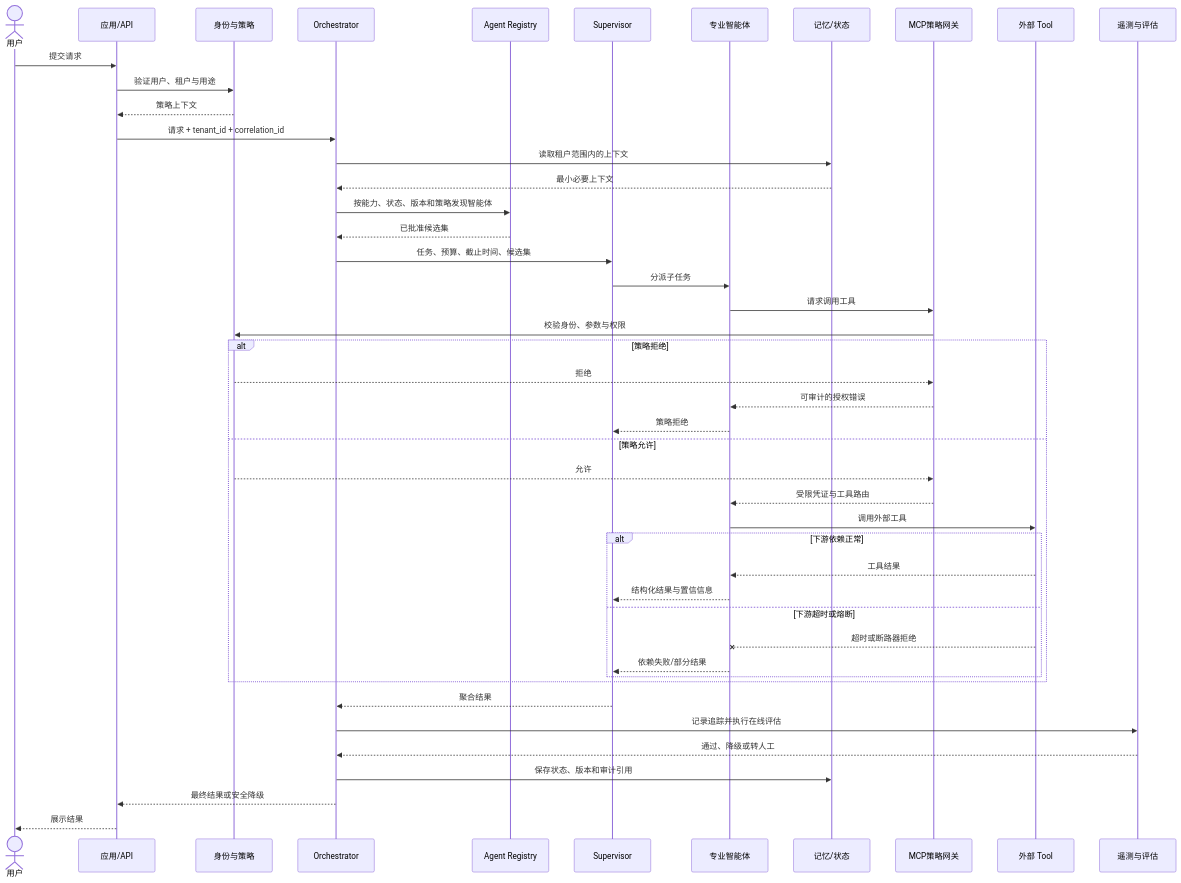
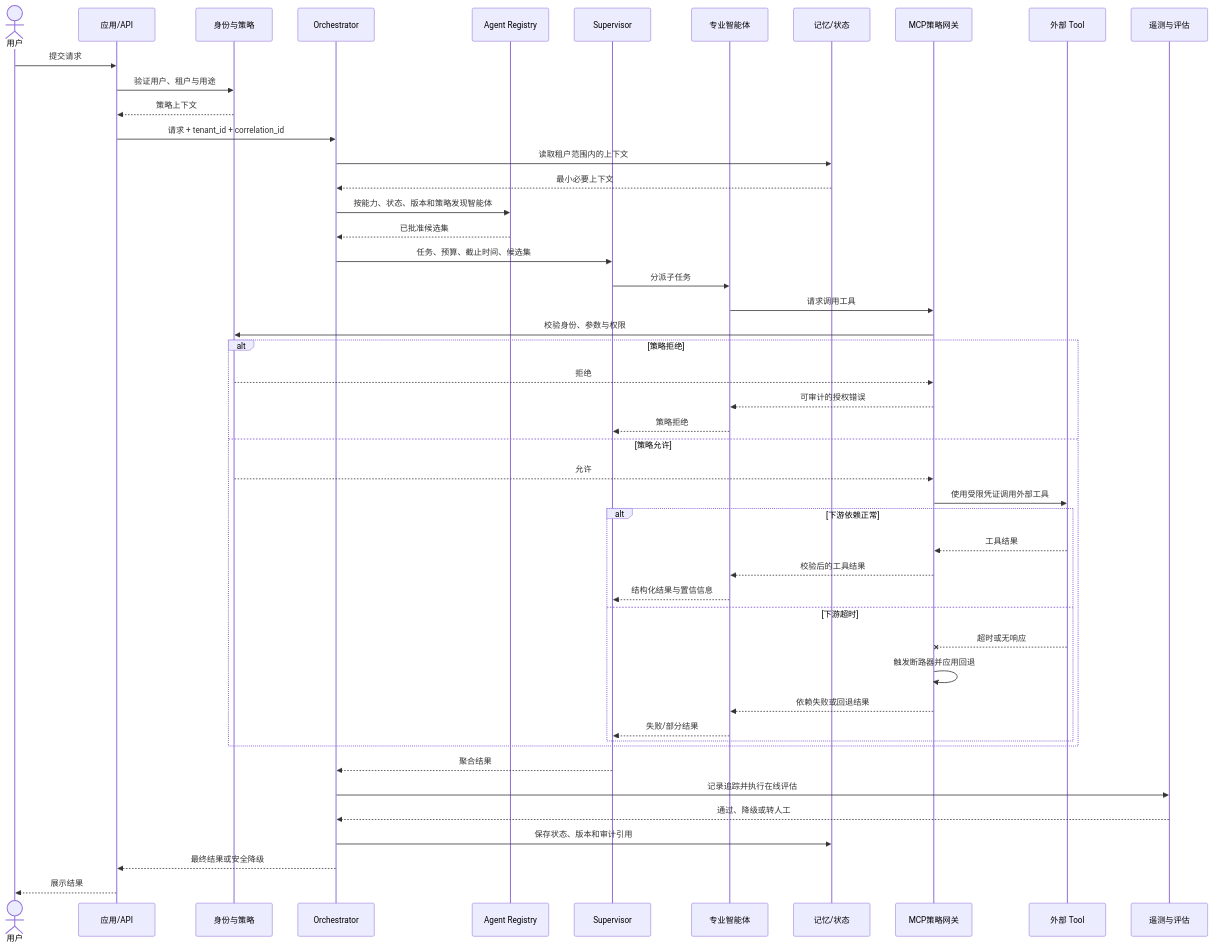
One commit to sealday/agentic-architecture-atlas changed the second of 2 diagrams in content/cases/microsoft-multi-agent-reference-architecture.mdx. Above: the diagram before and after it, drawn with Mermaid. The commit also changed 2 other files, not shown here.

Commit message:
Keep case contracts anchored to rendered Markdown
Constraint: Front matter evidence and rendered analysis headings must remain distinct.
Rejected: Whole-document heading scans | YAML comments can satisfy a body-only contract.
Confidence: high
Scope-risk: narrow
Tested: Required-heading tests, content validation, typecheck, and MDX/Mermaid compilation passed before the known route gate.

````diff
--- a/content/cases/microsoft-multi-agent-reference-architecture.mdx
+++ b/content/cases/microsoft-multi-agent-reference-architecture.mdx
@@ -167,52 +167,54 @@
 ```mermaid
 sequenceDiagram
   accTitle: 受控多智能体任务流与分层失败处理
   accDescr: 请求先完成租户策略校验和智能体发现；专业智能体获准后调用外部工具，策略拒绝与工具超时或熔断分别处理。
 
   actor U as 用户
   participant App as 应用/API
   participant P as 身份与策略
   participant O as Orchestrator
   participant R as Agent Registry
   participant S as Supervisor
   participant A as 专业智能体
   participant M as 记忆/状态
   participant G as MCP策略网关
   participant T as 外部 Tool
   participant E as 遥测与评估
 
   U->>App: 提交请求
   App->>P: 验证用户、租户与用途
   P-->>App: 策略上下文
   App->>O: 请求 + tenant_id + correlation_id
   O->>M: 读取租户范围内的上下文
   M-->>O: 最小必要上下文
   O->>R: 按能力、状态、版本和策略发现智能体
   R-->>O: 已批准候选集
   O->>S: 任务、预算、截止时间、候选集
   S->>A: 分派子任务
   A->>G: 请求调用工具
   G->>P: 校验身份、参数与权限
   alt 策略拒绝
     P-->>G: 拒绝
     G-->>A: 可审计的授权错误
     A-->>S: 策略拒绝
   else 策略允许
     P-->>G: 允许
-    G-->>A: 受限凭证与工具路由
-    A->>T: 调用外部工具
+    G->>T: 使用受限凭证调用外部工具
     alt 下游依赖正常
-      T-->>A: 工具结果
+      T-->>G: 工具结果
+      G-->>A: 校验后的工具结果
       A-->>S: 结构化结果与置信信息
-    else 下游超时或熔断
-      T--xA: 超时或断路器拒绝
-      A-->>S: 依赖失败/部分结果
+    else 下游超时
+      T--xG: 超时或无响应
+      G->>G: 触发断路器并应用回退
+      G-->>A: 依赖失败或回退结果
+      A-->>S: 失败/部分结果
     end
   end
   S-->>O: 聚合结果
   O->>E: 记录追踪并执行在线评估
   E-->>O: 通过、降级或转人工
   O->>M: 保存状态、版本和审计引用
   O-->>App: 最终结果或安全降级
   App-->>U: 展示结果
 ```
````
